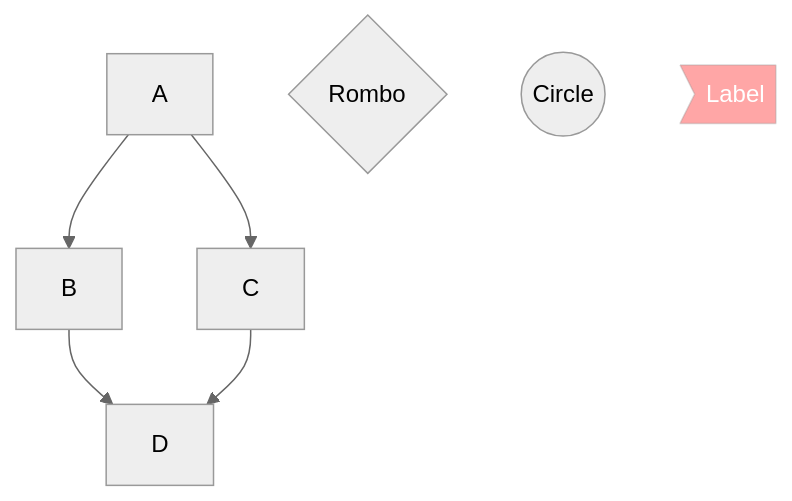
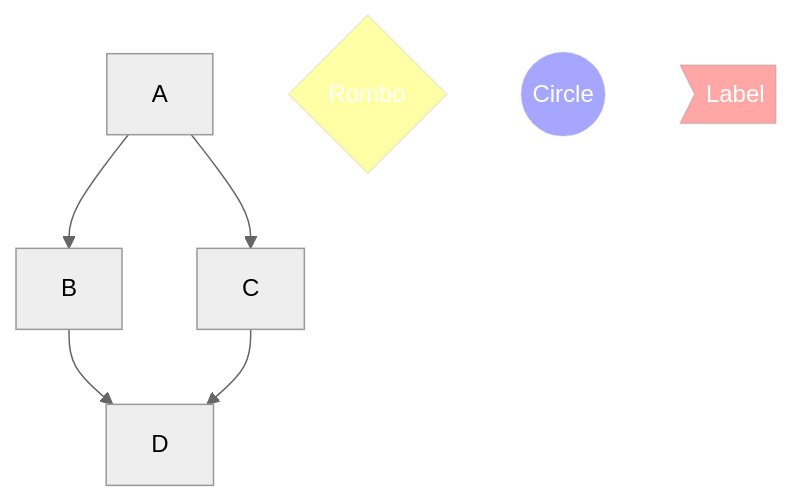
The diagram in README.md (danielurra/mermaid), drawn with Mermaid (neutral theme) before and after one commit.

````diff
--- a/README.md
+++ b/README.md
@@ -8,11 +8,13 @@
 ```mermaid
   graph TD;
       A-->B;
       A-->C;
       B-->D;
       C-->D;
       st{Rombo};
       good((Circle));
       en>Label];
       style en fill:red,fill-opacity:0.35,color:#FFFFFF,stroke-opacity:0.2;
+      style good fill:blue,fill-opacity:0.35,color:#FFFFFF,stroke-opacity:0.2;
+      style st fill:yellow,fill-opacity:0.35,color:#FFFFFF,stroke-opacity:0.2
 ```
````
